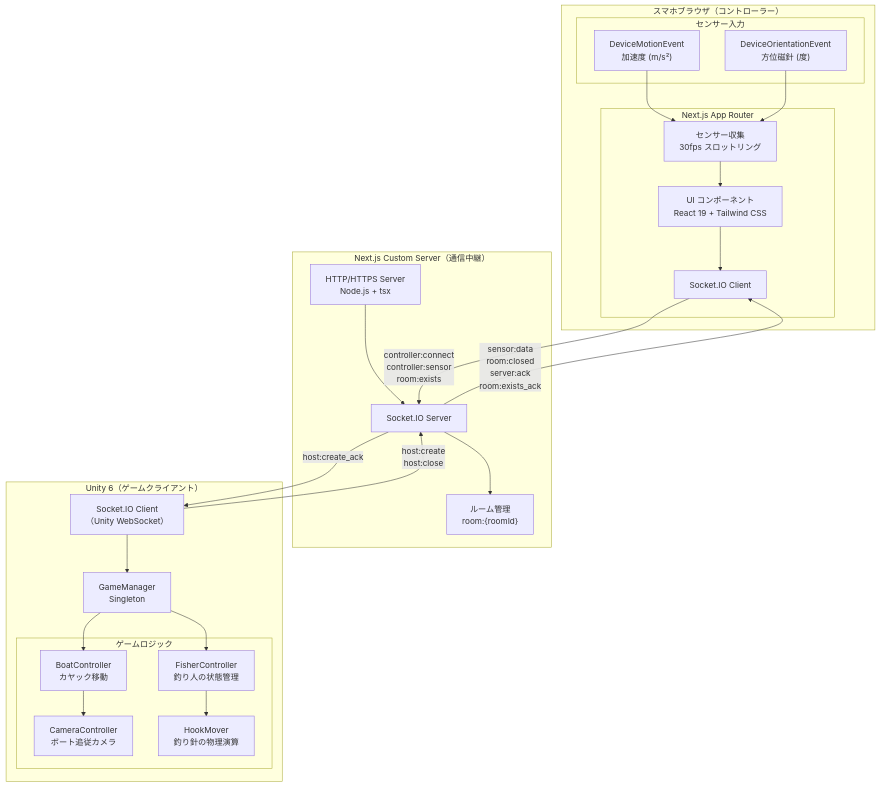
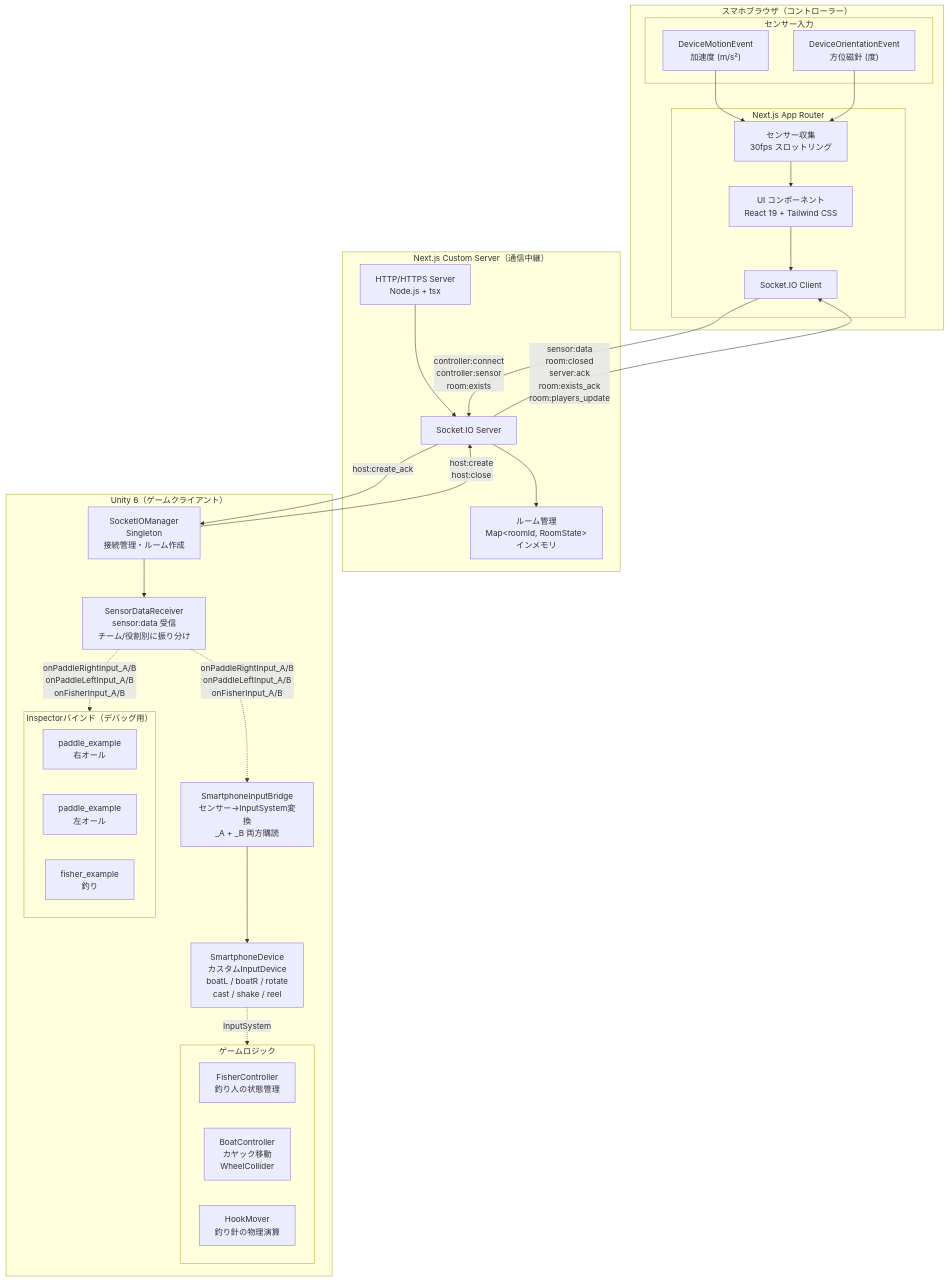
One commit to guriguri00451/alounity changed the first of 2 diagrams in docs/03_Architecture.md. Above: the diagram before and after it, drawn with Mermaid. The commit also changed other lines of this file and 1 other file, not shown here.

````diff
--- a/docs/03_Architecture.md
+++ b/docs/03_Architecture.md
@@ -5,47 +5,56 @@
 ```mermaid
 graph TB
     subgraph スマホブラウザ["スマホブラウザ（コントローラー）"]
         subgraph センサー入力["センサー入力"]
             DM["DeviceMotionEvent<br/>加速度 (m/s²)"]
             DO["DeviceOrientationEvent<br/>方位磁針 (度)"]
         end
         subgraph Next.js App["Next.js App Router"]
             UI["UI コンポーネント<br/>React 19 + Tailwind CSS"]
             SC["センサー収集<br/>30fps スロットリング"]
             SIOC["Socket.IO Client"]
         end
         DM --> SC
         DO --> SC
         SC --> UI
         UI --> SIOC
     end
 
     subgraph サーバー["Next.js Custom Server（通信中継）"]
         HTTP["HTTP/HTTPS Server<br/>Node.js + tsx"]
         SIOS["Socket.IO Server"]
-        ROOM["ルーム管理<br/>room:{roomId}"]
+        ROOM["ルーム管理<br/>Map&lt;roomId, RoomState&gt;<br/>インメモリ"]
         HTTP --> SIOS
         SIOS --> ROOM
     end
 
     subgraph Unity["Unity 6（ゲームクライアント）"]
-        SIOU["Socket.IO Client<br/>（Unity WebSocket）"]
-        GM["GameManager<br/>Singleton"]
+        SIOU["SocketIOManager<br/>Singleton<br/>接続管理・ルーム作成"]
+        SDR["SensorDataReceiver<br/>sensor:data 受信<br/>チーム/役割別に振り分け"]
+        SIB["SmartphoneInputBridge<br/>センサー→InputSystem変換<br/>_A + _B 両方購読"]
+        SD["SmartphoneDevice<br/>カスタムInputDevice<br/>boatL / boatR / rotate<br/>cast / shake / reel"]
+
+        subgraph Inspectorバインド["Inspectorバインド（デバッグ用）"]
+            PE1["paddle_example<br/>右オール"]
+            PE2["paddle_example<br/>左オール"]
+            FE["fisher_example<br/>釣り"]
+        end
+
         subgraph ゲームロジック["ゲームロジック"]
             FC["FisherController<br/>釣り人の状態管理"]
-            BC["BoatController<br/>カヤック移動"]
-            CC["CameraController<br/>ボート追従カメラ"]
+            BC["BoatController<br/>カヤック移動<br/>WheelCollider"]
             HM["HookMover<br/>釣り針の物理演算"]
         end
-        SIOU --> GM
-        GM --> FC
-        GM --> BC
-        BC --> CC
-        FC --> HM
+
+        SIOU --> SDR
+        SDR -. "onPaddleRightInput_A/B<br/>onPaddleLeftInput_A/B<br/>onFisherInput_A/B" .-> SIB
+        SDR -. "onPaddleRightInput_A/B<br/>onPaddleLeftInput_A/B<br/>onFisherInput_A/B" .-> Inspectorバインド
+        SIB --> SD
+        SD -. "InputSystem" .-> ゲームロジック
     end
 
     SIOC -- "controller:connect<br/>controller:sensor<br/>room:exists" --> SIOS
-    SIOS -- "sensor:data<br/>room:closed<br/>server:ack<br/>room:exists_ack" --> SIOC
+    SIOS -- "sensor:data<br/>room:closed<br/>server:ack<br/>room:exists_ack<br/>room:players_update" --> SIOC
     SIOU -- "host:create<br/>host:close" --> SIOS
     SIOS -- "host:create_ack" --> SIOU
 ```
````
